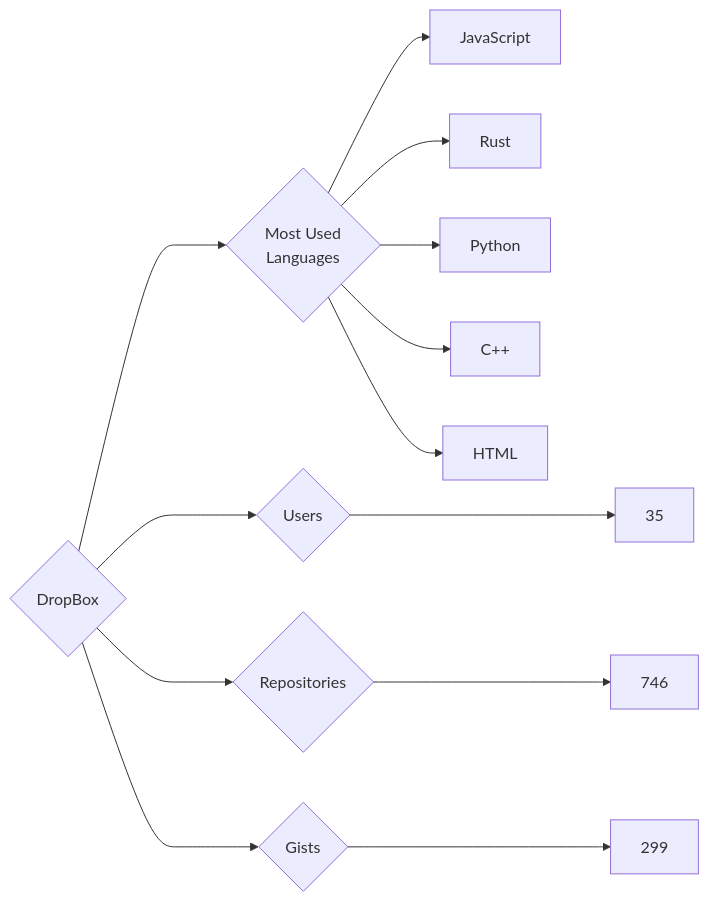
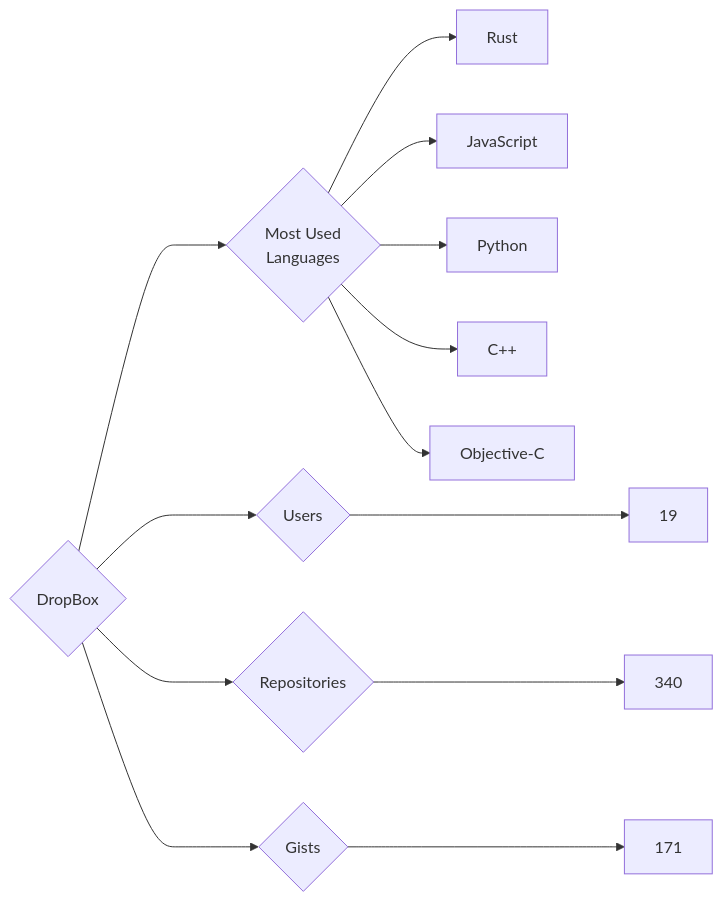
Before and after one commit to trickest/insiders: the diagram in targets/DropBox/README.md, drawn with Mermaid. The commit also changed 1030 other files, not shown here.

````diff
--- a/targets/DropBox/README.md
+++ b/targets/DropBox/README.md
@@ -3,13 +3,13 @@
 ```mermaid
 graph LR
 COMPANY_NAME{DropBox}
-COMPANY_NAME ---> U{Users} ---> UN[35]
-COMPANY_NAME ---> R{Repositories} ---> RN[746]
-COMPANY_NAME ---> G{Gists} ---> GN[299]
+COMPANY_NAME ---> U{Users} ---> UN[19]
+COMPANY_NAME ---> R{Repositories} ---> RN[340]
+COMPANY_NAME ---> G{Gists} ---> GN[171]
 COMPANY_NAME ---> ML{Most Used<br>Languages}
+ML --> Rust[Rust]
 ML --> JavaScript[JavaScript]
-ML --> Rust[Rust]
 ML --> Python[Python]
 ML --> C++[C++]
-ML --> HTML[HTML]
+ML --> Objective-C[Objective-C]
 ```
````
